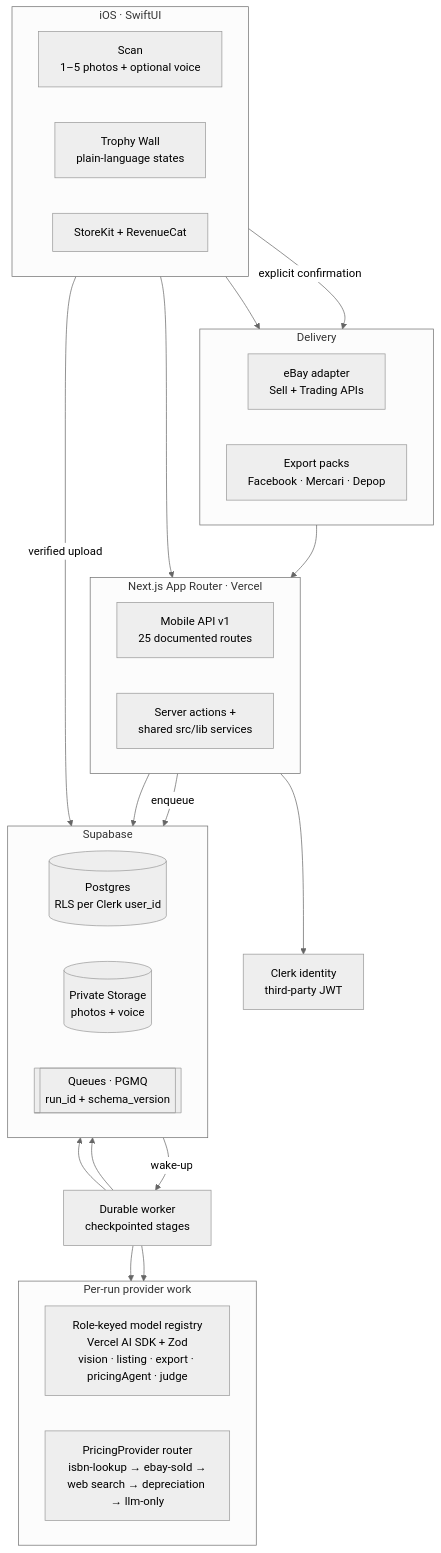
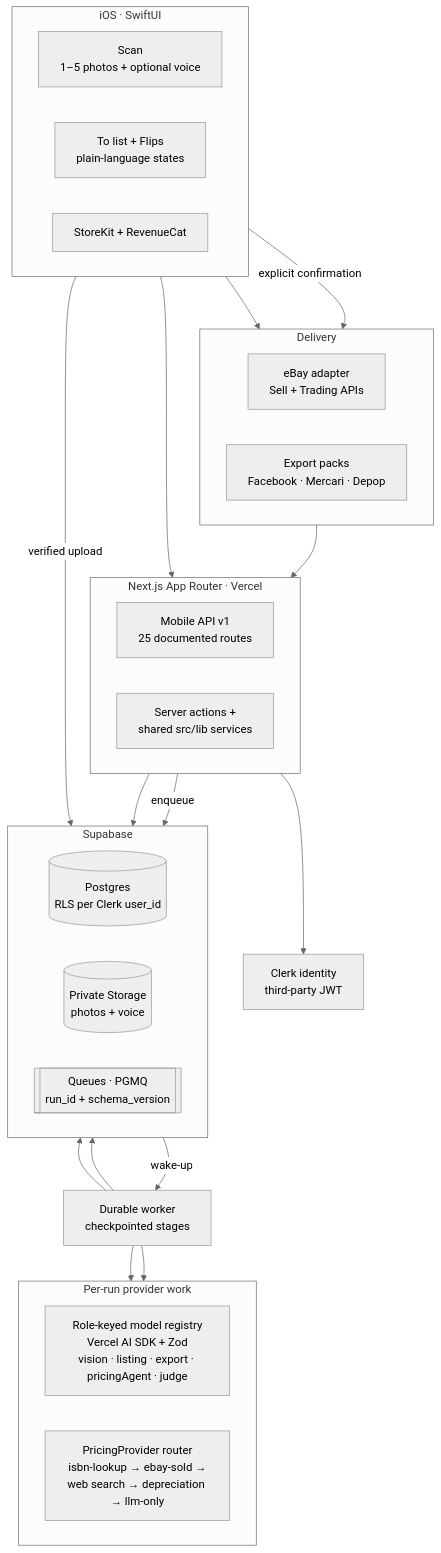
The first of 2 diagrams in README.md (azizu06/snaplist), drawn with Mermaid (neutral theme) before and after one commit. The commit also changed other lines of this file and 27 other files, not shown here.

First line of the commit message:
feat(ios): rename Processing to To list and Trophy Wall to Flips

````diff
--- a/README.md
+++ b/README.md
@@ -54,52 +54,52 @@
 ```mermaid
 flowchart TB
     subgraph client["iOS · SwiftUI"]
         direction LR
         Scan["Scan<br/>1–5 photos + optional voice"]
-        Wall["Trophy Wall<br/>plain-language states"]
+        Wall["To list + Flips<br/>plain-language states"]
         SK["StoreKit + RevenueCat"]
     end
 
     subgraph api["Next.js App Router · Vercel"]
         direction LR
         Mobile["Mobile API v1<br/>25 documented routes"]
         Actions["Server actions +<br/>shared src/lib services"]
     end
 
     Clerk["Clerk identity<br/>third-party JWT"]
 
     subgraph data["Supabase"]
         direction LR
         PG[("Postgres<br/>RLS per Clerk user_id")]
         Store[("Private Storage<br/>photos + voice")]
         Q[["Queues · PGMQ<br/>run_id + schema_version"]]
     end
 
     Worker["Durable worker<br/>checkpointed stages"]
 
     subgraph work["Per-run provider work"]
         direction LR
         LLM["Role-keyed model registry<br/>Vercel AI SDK + Zod<br/>vision · listing · export · pricingAgent · judge"]
         Router["PricingProvider router<br/>isbn-lookup → ebay-sold →<br/>web search → depreciation → llm-only"]
     end
 
     subgraph out["Delivery"]
         direction LR
         Ebay["eBay adapter<br/>Sell + Trading APIs"]
         Packs["Export packs<br/>Facebook · Mercari · Depop"]
     end
 
     client --> api
     Scan -- "verified upload" --> Store
     api --> Clerk
     api --> PG
     Mobile -- "enqueue" --> Q
     Q -- "wake-up" --> Worker
     Worker --> PG
     Worker --> Store
     Worker --> LLM
     Worker --> Router
     Wall -- "explicit confirmation" --> Ebay
     Wall --> Packs
     Ebay --> api
 ```
````
